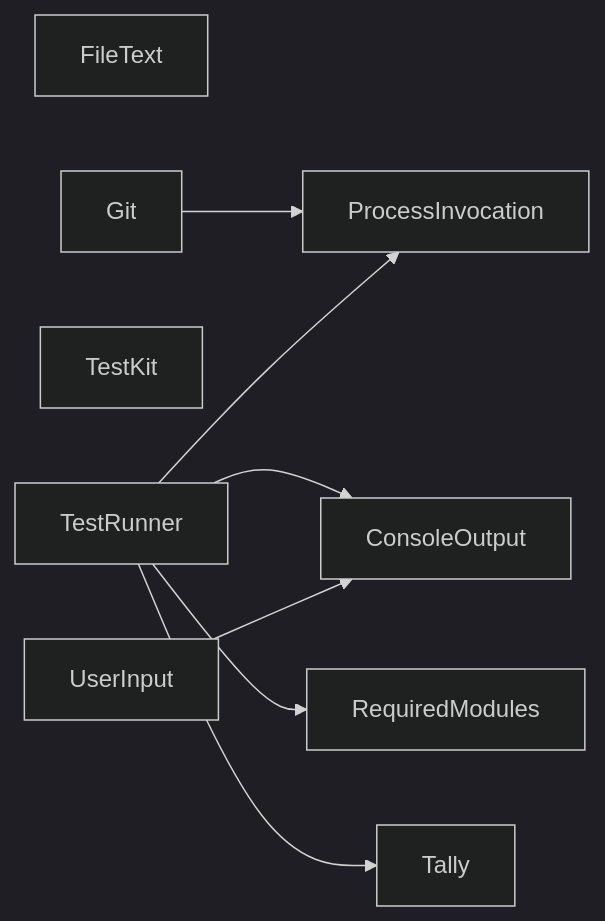
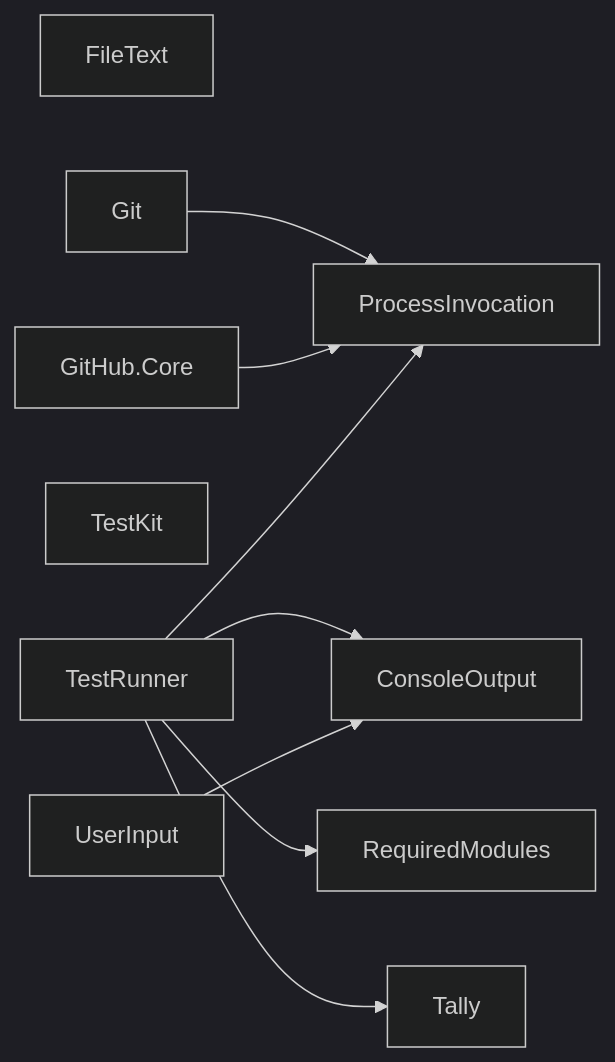
The diagram in README.md (TaffarelJr/powershell-modules), drawn with Mermaid (dark theme) before and after one commit. The commit also changed other lines of this file and 41 other files, not shown here.

First line of the commit message:
feat: add the TaffarelJr.GitHub.Core module

````diff
--- a/README.md
+++ b/README.md
@@ -32,19 +33,21 @@
 ```mermaid
 graph LR
     ConsoleOutput["ConsoleOutput"]
     FileText["FileText"]
     Git["Git"]
+    GitHubCore["GitHub.Core"]
     ProcessInvocation["ProcessInvocation"]
     RequiredModules["RequiredModules"]
     Tally["Tally"]
     TestKit["TestKit"]
     TestRunner["TestRunner"]
     UserInput["UserInput"]
 
     Git --> ProcessInvocation
+    GitHubCore --> ProcessInvocation
     TestRunner --> ConsoleOutput
     TestRunner --> ProcessInvocation
     TestRunner --> RequiredModules
     TestRunner --> Tally
     UserInput --> ConsoleOutput
 ```
````
